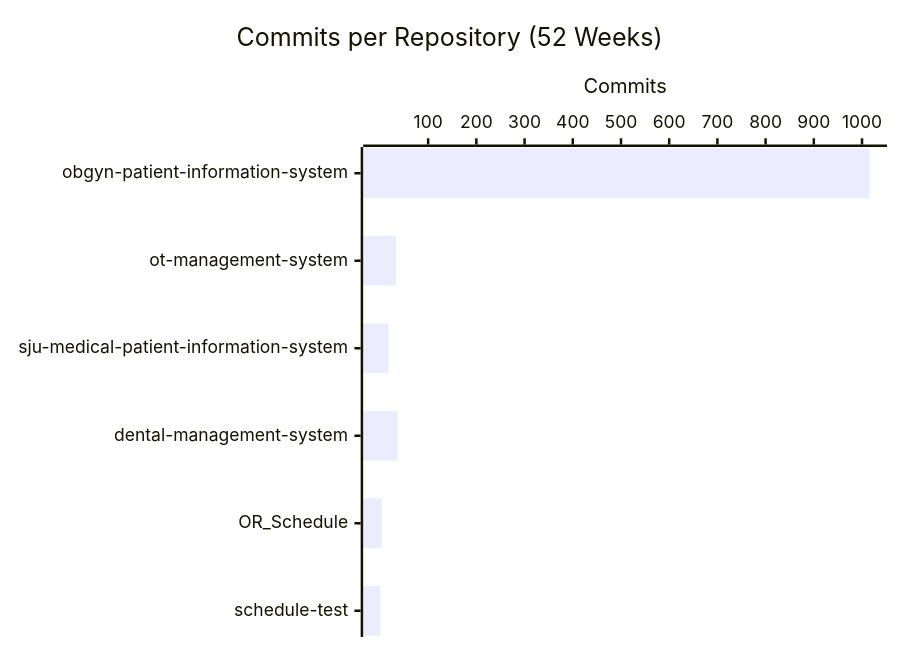
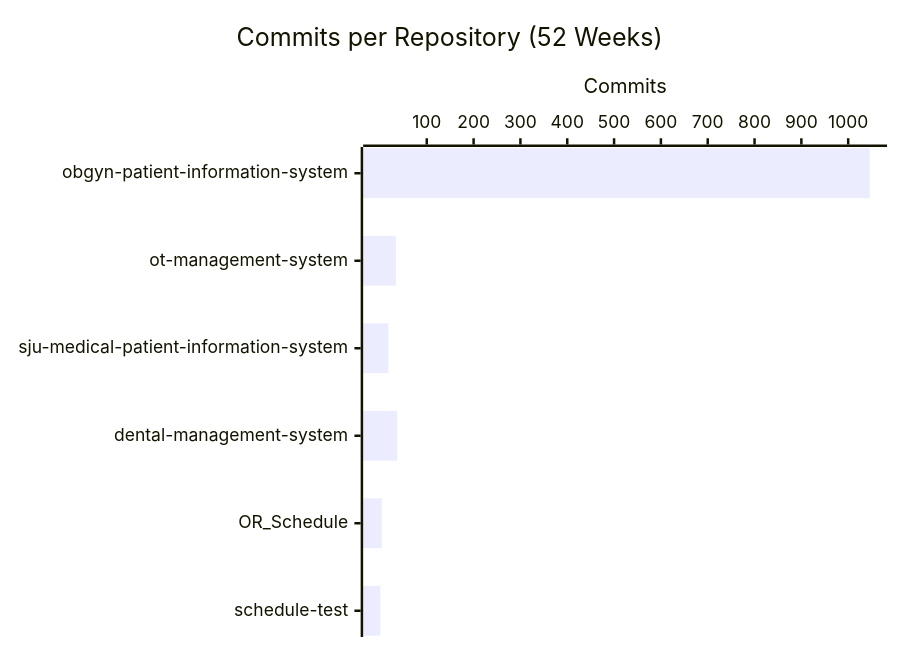
The second of 4 diagrams in profile/README.md (CSTH-Projects/.github), drawn with Mermaid before and after one commit. The commit also changed other lines of this file, not shown here.

````diff
--- a/profile/README.md
+++ b/profile/README.md
@@ -24,7 +24,7 @@
 ```mermaid
 xychart-beta horizontal
     title "Commits per Repository (52 Weeks)"
     x-axis ["obgyn-patient-information-system", "ot-management-system", "sju-medical-patient-information-system", "dental-management-system", "OR_Schedule", "schedule-test"]
     y-axis "Commits"
-    bar [1016, 34, 18, 37, 4, 1]
+    bar [1046, 34, 18, 37, 4, 1]
 ```
````
